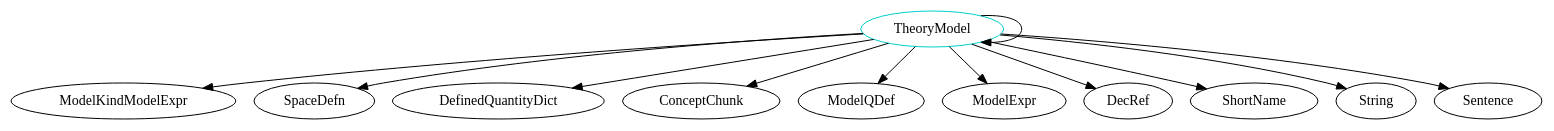
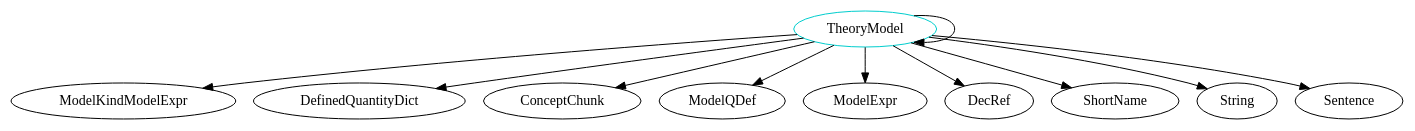
The diagram in analysis/TypeDependencyGraphs/theory/TheoryModel.dot (JacquesCarette/Drasil), drawn with Graphviz before and after one commit. The commit also changed 478 other files, not shown here.

```diff
--- a/analysis/TypeDependencyGraphs/theory/TheoryModel.dot
+++ b/analysis/TypeDependencyGraphs/theory/TheoryModel.dot
@@ -1,14 +1,13 @@
 digraph theorymodel{
 TheoryModel	[shape=oval, color=cyan3, label="TheoryModel"];
 TheoryModel -> ModelKindModelExpr;
 TheoryModel -> TheoryModel;
-TheoryModel -> SpaceDefn;
 TheoryModel -> DefinedQuantityDict;
 TheoryModel -> ConceptChunk;
 TheoryModel -> ModelQDef;
 TheoryModel -> ModelExpr;
 TheoryModel -> DecRef;
 TheoryModel -> ShortName;
 TheoryModel -> String;
 TheoryModel -> Sentence;
 }
```
